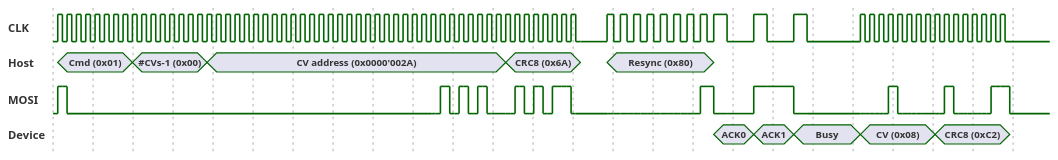
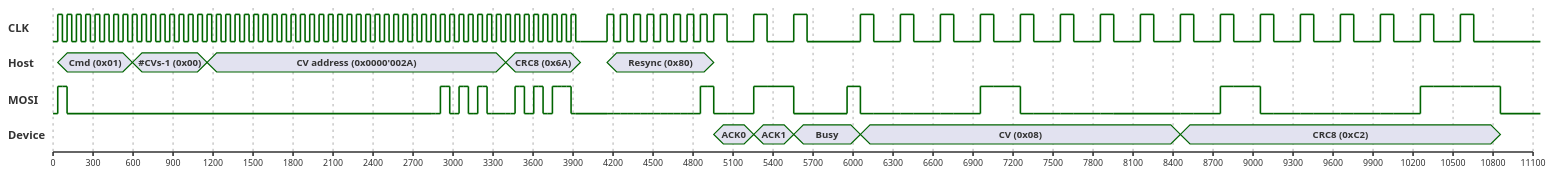
The diagram in data/transmission.pu (ZIMO-Elektronik/ZUSI), drawn with PlantUML before and after one commit. The commit also changed 2 other files, not shown here.

Commit message:
chore: fix response phase description and graphic

```diff
--- a/data/transmission.pu
+++ b/data/transmission.pu
@@ -2,7 +2,7 @@
 
 mode compact
 scale 300 as 50 pixels
-hide time-axis
+' hide time-axis
 
 binary "CLK" as CLK
 CLK is 50 pixels height
@@ -174,39 +174,39 @@
 
 ' CV
 6055 is high
-+35 is low
-+35 is high
-+35 is low
-+35 is high
-+35 is low
-+35 is high
-+35 is low
-+35 is high
-+35 is low
-+35 is high
-+35 is low
-+35 is high
-+35 is low
-+35 is high
-+35 is low
++100 is low
++200 is high
++100 is low
++200 is high
++100 is low
++200 is high
++100 is low
++200 is high
++100 is low
++200 is high
++100 is low
++200 is high
++100 is low
++200 is high
++100 is low
 
 ' CRC8
-6615 is high
-+35 is low
-+35 is high
-+35 is low
-+35 is high
-+35 is low
-+35 is high
-+35 is low
-+35 is high
-+35 is low
-+35 is high
-+35 is low
-+35 is high
-+35 is low
-+35 is high
-+35 is low
+8455 is high
++100 is low
++200 is high
++100 is low
++200 is high
++100 is low
++200 is high
++100 is low
++200 is high
++100 is low
++200 is high
++100 is low
++200 is high
++100 is low
++200 is high
++100 is low
 
 @RX
 0 is {hidden}
@@ -290,43 +290,42 @@
 
 ' Busy
 5555 is low
-+100 is low
 +400 is high
 
 ' CV
 6055 is low
-+35 is low
-+35 is low
-+35 is low
-+35 is low
-+35 is low
-+35 is high
-+35 is high
-+35 is low
-+35 is low
-+35 is low
-+35 is low
-+35 is low
-+35 is low
++100 is low
++200 is low
++100 is low
++200 is low
++100 is low
++200 is high
++100 is high
++200 is low
++100 is low
++200 is low
++100 is low
++200 is low
++100 is low
 
 ' CRC8
-6615 is low
-+35 is low
-+35 is high
-+35 is high
-+35 is low
-+35 is low
-+35 is low
-+35 is low
-+35 is low
-+35 is low
-+35 is low
-+35 is low
-+35 is high
-+35 is high
-+35 is high
-+35 is high
-+35 is low
+8455 is low
++100 is low
++200 is high
++100 is high
++200 is low
++100 is low
++200 is low
++100 is low
++200 is low
++100 is low
++200 is low
++100 is low
++200 is high
++100 is high
++200 is high
++100 is high
++200 is low
 
 @TX
 0 is {hidden}
@@ -334,7 +333,7 @@
 5255 is ACK1
 5555 is Busy
 6055 is "CV (0x08)"
-6615 is "CRC8 (0xC2)"
-7175 is {hidden}
+8455 is "CRC8 (0xC2)"
+10855 is {hidden}
 
 @enduml
```
